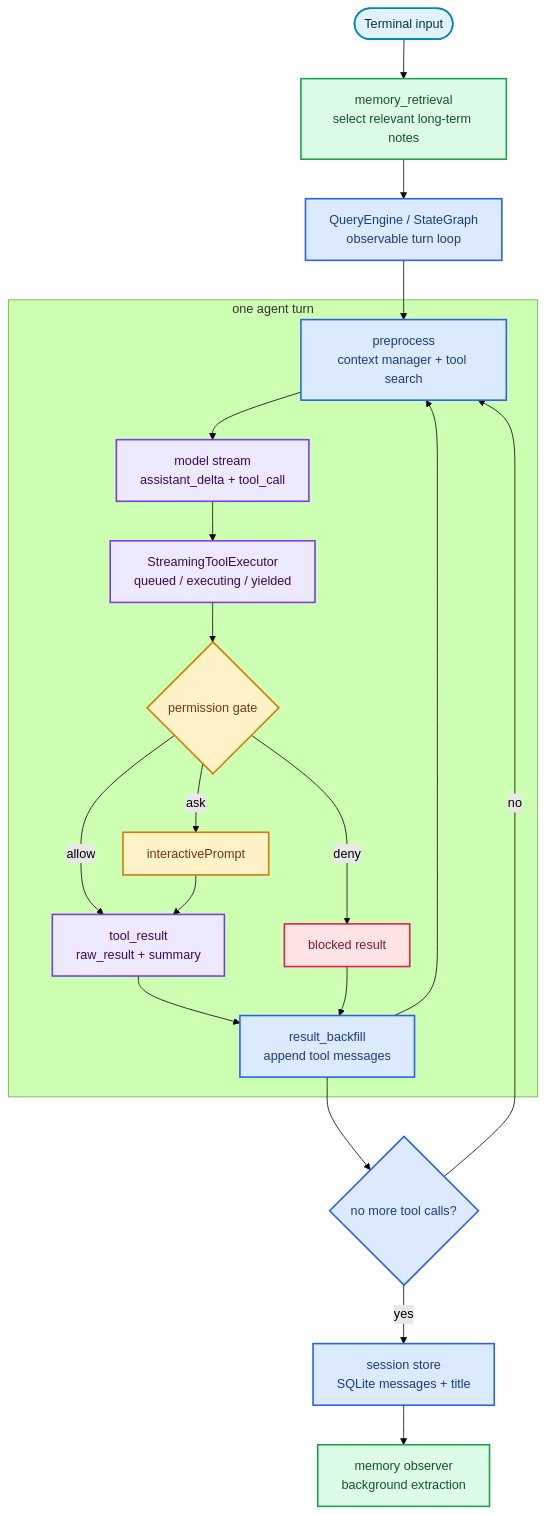
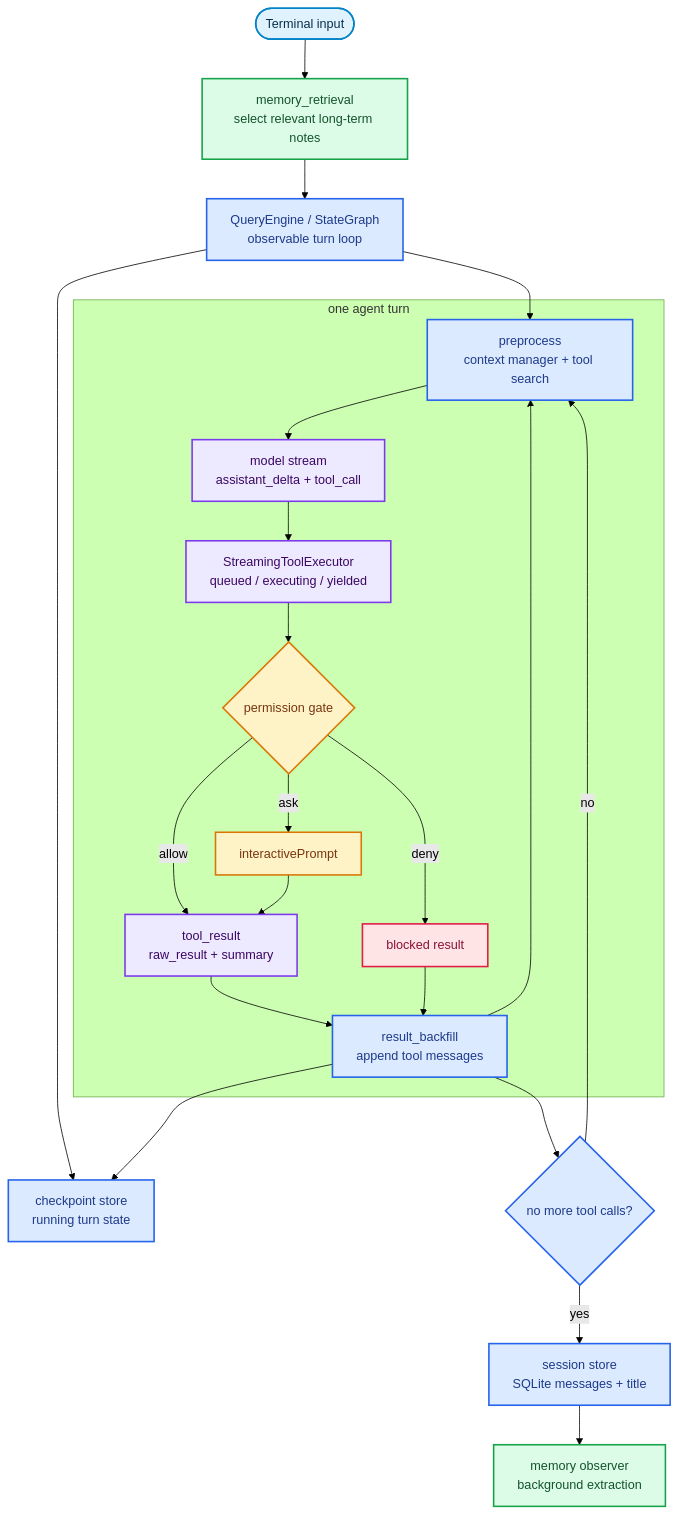
Before and after one commit to Anorlx/code_agent: the first of 4 diagrams in week3/day5/README.md, drawn with Mermaid (forest theme). The commit also changed other lines of this file and 5 other files, not shown here.

````diff
--- a/week3/day5/README.md
+++ b/week3/day5/README.md
@@ -101,48 +71,50 @@
 ```mermaid
 flowchart TB
     accTitle: code_agent Runtime Topology
     accDescr: The runtime receives terminal input, retrieves memory, streams model output, executes tools through a permission gate, backfills results and persists session and memory signals.
 
     input([Terminal input]) --> memory_retrieval["memory_retrieval<br/>select relevant long-term notes"]
     memory_retrieval --> engine["QueryEngine / StateGraph<br/>observable turn loop"]
 
     subgraph turn_loop ["one agent turn"]
         preprocess["preprocess<br/>context manager + tool search"]
         model_stream["model stream<br/>assistant_delta + tool_call"]
         tool_queue["StreamingToolExecutor<br/>queued / executing / yielded"]
         permission_gate{"permission gate"}
         tool_result["tool_result<br/>raw_result + summary"]
         backfill["result_backfill<br/>append tool messages"]
 
         preprocess --> model_stream
         model_stream --> tool_queue
         tool_queue --> permission_gate
         permission_gate -->|allow| tool_result
         permission_gate -->|ask| user_confirm["interactivePrompt"]
         user_confirm --> tool_result
         permission_gate -->|deny| blocked["blocked result"]
         tool_result --> backfill
         blocked --> backfill
         backfill --> preprocess
     end
 
     engine --> preprocess
+    engine --> checkpoint_store["checkpoint store<br/>running turn state"]
     backfill --> done{"no more tool calls?"}
+    backfill --> checkpoint_store
     done -->|yes| session_store["session store<br/>SQLite messages + title"]
     session_store --> memory_observer["memory observer<br/>background extraction"]
     done -->|no| preprocess
 
     classDef input fill:#E0F2FE,stroke:#0284C7,stroke-width:2px,color:#082F49
     classDef runtime fill:#DBEAFE,stroke:#2563EB,stroke-width:2px,color:#1E3A8A
     classDef stream fill:#EDE9FE,stroke:#7C3AED,stroke-width:2px,color:#3B0764
     classDef gate fill:#FEF3C7,stroke:#D97706,stroke-width:2px,color:#78350F
     classDef memory fill:#DCFCE7,stroke:#16A34A,stroke-width:2px,color:#14532D
     classDef blocked fill:#FFE4E6,stroke:#E11D48,stroke-width:2px,color:#881337
 
     class input input
-    class engine,preprocess,backfill,done,session_store runtime
+    class engine,preprocess,backfill,done,session_store,checkpoint_store runtime
     class model_stream,tool_queue,tool_result stream
     class permission_gate,user_confirm gate
     class memory_retrieval,memory_observer memory
     class blocked blocked
 ```
````
